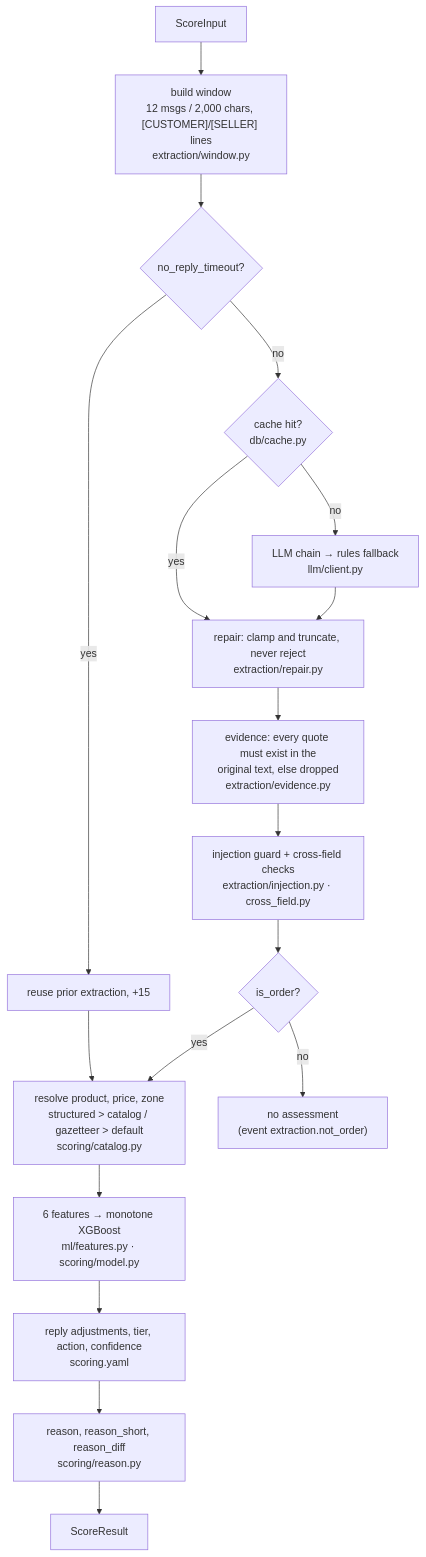
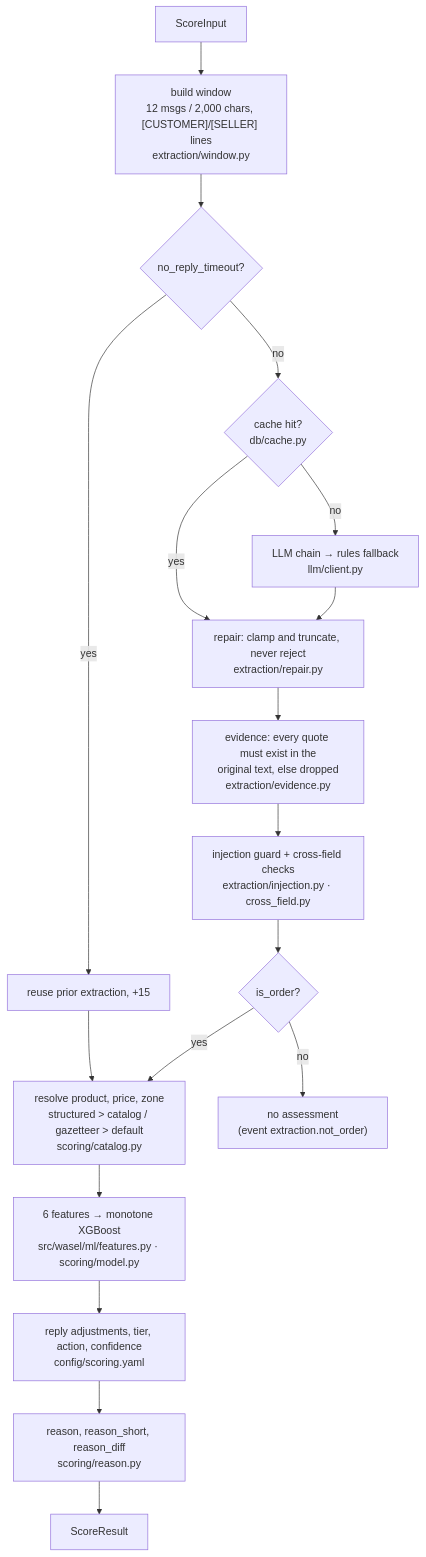
The third of 7 diagrams in docs/architecture.md (omarbounawarapy/wasel), drawn with Mermaid before and after one commit. The commit also changed other lines of this file and 218 other files, not shown here.

First line of the commit message:
Restructure repository into src/wasel package layout

````diff
--- a/docs/architecture.md
+++ b/docs/architecture.md
@@ -114,18 +114,18 @@
 ```mermaid
 flowchart TD
     A["ScoreInput"] --> B["build window<br/>12 msgs / 2,000 chars, [CUSTOMER]/[SELLER] lines<br/>extraction/window.py"]
     B --> C{"no_reply_timeout?"}
     C -- yes --> C1["reuse prior extraction, +15"] --> H
     C -- no --> D{"cache hit?<br/>db/cache.py"}
     D -- yes --> E
     D -- no --> D1["LLM chain → rules fallback<br/>llm/client.py"] --> E
     E["repair: clamp and truncate, never reject<br/>extraction/repair.py"] --> F["evidence: every quote must exist in the<br/>original text, else dropped<br/>extraction/evidence.py"]
     F --> G["injection guard + cross-field checks<br/>extraction/injection.py · cross_field.py"]
     G --> G1{"is_order?"}
     G1 -- no --> X["no assessment<br/>(event extraction.not_order)"]
     G1 -- yes --> H["resolve product, price, zone<br/>structured > catalog / gazetteer > default<br/>scoring/catalog.py"]
-    H --> I["6 features → monotone XGBoost<br/>ml/features.py · scoring/model.py"]
-    I --> J["reply adjustments, tier, action, confidence<br/>scoring.yaml"]
+    H --> I["6 features → monotone XGBoost<br/>src/wasel/ml/features.py · scoring/model.py"]
+    I --> J["reply adjustments, tier, action, confidence<br/>config/scoring.yaml"]
     J --> K["reason, reason_short, reason_diff<br/>scoring/reason.py"]
     K --> R["ScoreResult"]
 ```
````
